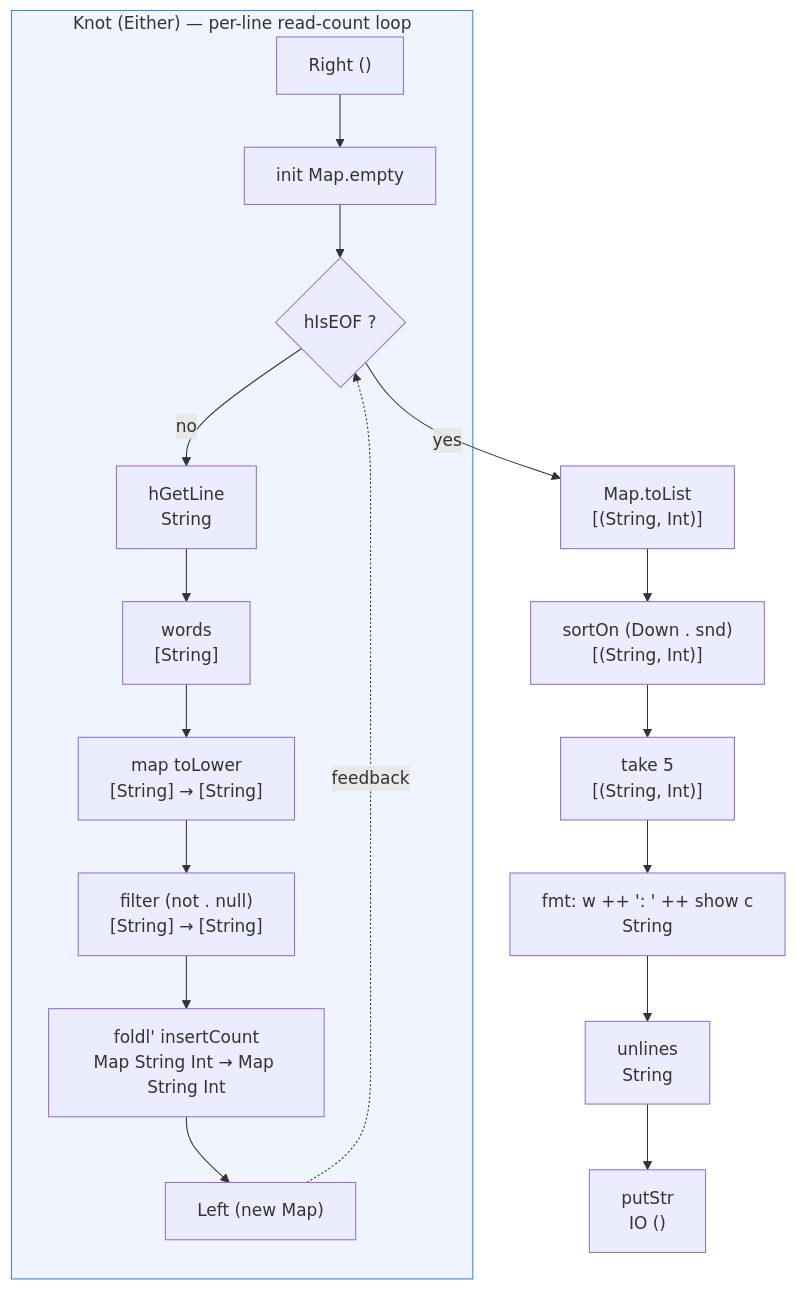
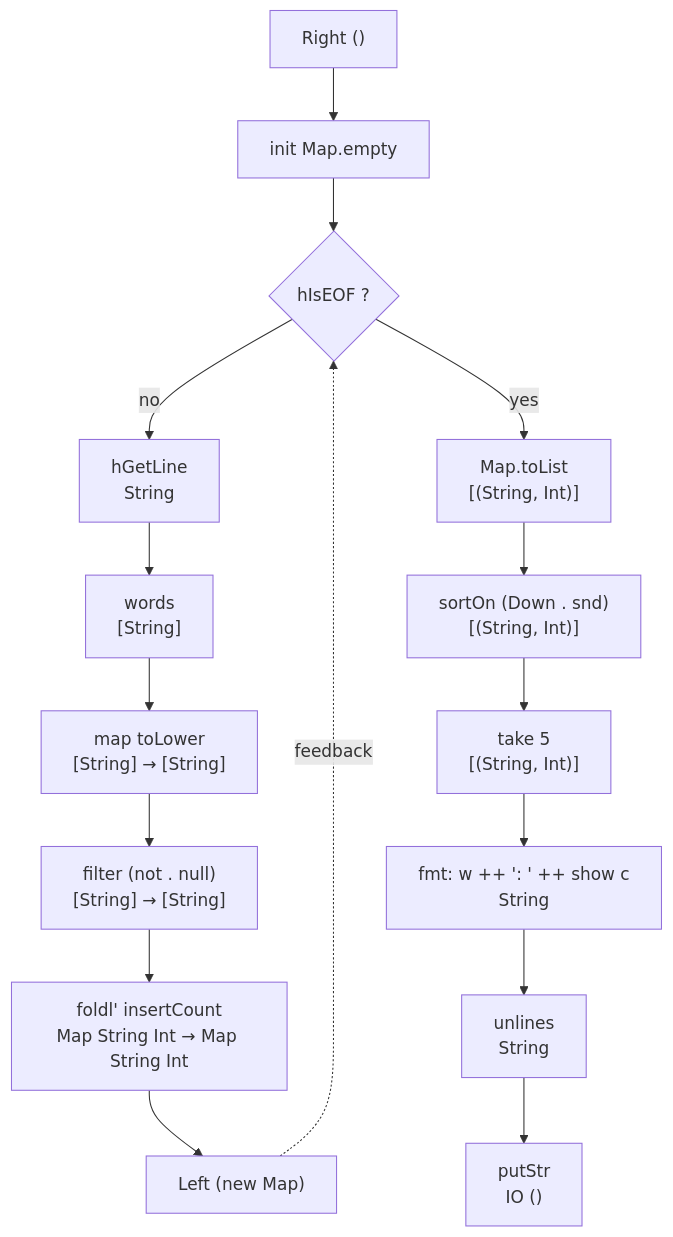
Before and after one commit to tonyday567/circuits: the first of 2 diagrams in examples/words.md, drawn with Mermaid. The commit also changed other lines of this file and 4 other files, not shown here.

Commit message:
examples/words: drop subgraph borders from mermaid diagrams

````diff
--- a/examples/words.md
+++ b/examples/words.md
@@ -17,23 +17,19 @@
 ```mermaid
 flowchart TD
-    subgraph Loop["Knot (Either) — per-line read-count loop"]
-        B["Right ()"] --> C["init Map.empty"]
+    B["Right ()"] --> C["init Map.empty"]
         C --> D{"hIsEOF ?"}
         D -->|"no"| E["hGetLine\nString"]
         E --> F["words\n[String]"]
         F --> G["map toLower\n[String] → [String]"]
         G --> H["filter (not . null)\n[String] → [String]"]
         H --> I["foldl' insertCount\nMap String Int → Map String Int"]
         I --> J["Left (new Map)"]
         J -.->|"feedback"| D
-    end
 
     D -->|"yes"| K["Map.toList\n[(String, Int)]"]
     K --> L["sortOn (Down . snd)\n[(String, Int)]"]
     L --> M["take 5\n[(String, Int)]"]
     M --> N["fmt: w ++ ': ' ++ show c\nString"]
     N --> O["unlines\nString"]
     O --> P["putStr\nIO ()"]
-
-    style Loop fill:#f0f4ff,stroke:#3b82f6
 ```
````
